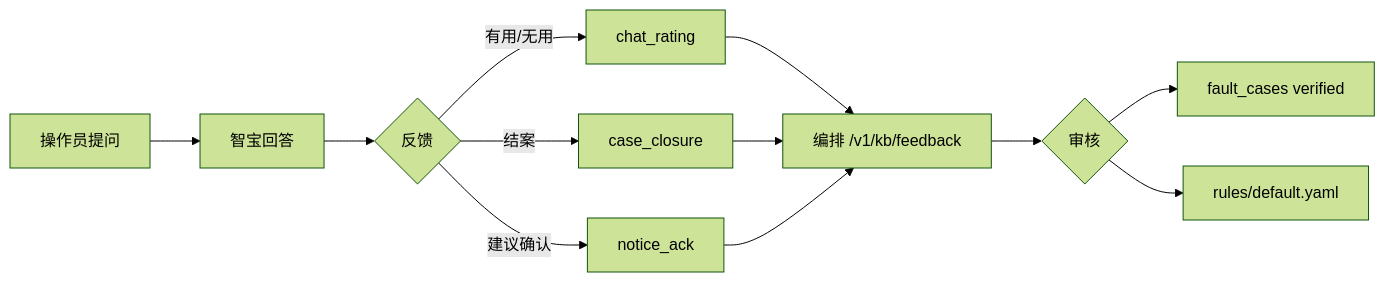
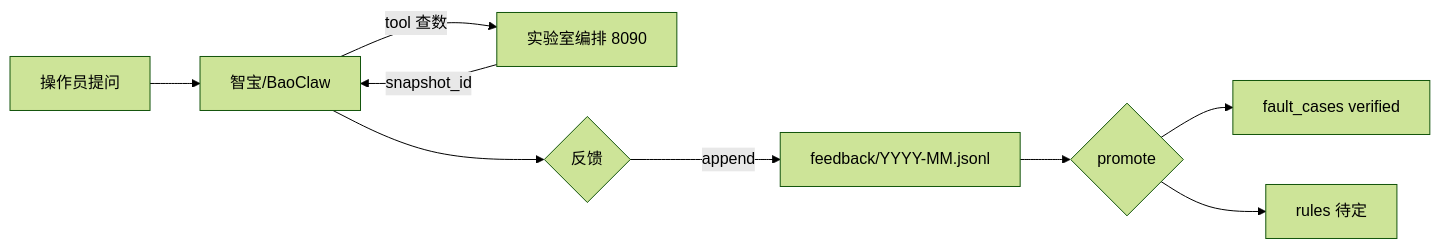
The diagram in BaoClaw/knowledge/schemas/FEEDBACK.md (tempcy/CornerstoneMock), drawn with Mermaid (forest theme) before and after one commit. The commit also changed other lines of this file and 9 other files, not shown here.

Commit message:
Implement Plan A: company-side feedback JSONL and feedback_tool CLI

````diff
--- a/BaoClaw/knowledge/schemas/FEEDBACK.md
+++ b/BaoClaw/knowledge/schemas/FEEDBACK.md
@@ -14,14 +25,11 @@
 ```mermaid
 flowchart LR
-  Q[操作员提问] --> A[智宝回答]
+  Q[操作员提问] --> A[智宝/BaoClaw]
+  A -->|tool 查数| O[实验室编排 8090]
+  O -->|snapshot_id| A
   A --> F{反馈}
-  F -->|有用/无用| R[chat_rating]
-  F -->|结案| C[case_closure]
-  F -->|建议确认| N[notice_ack]
-  R --> KB[编排 /v1/kb/feedback]
-  C --> KB
-  N --> KB
-  KB --> Q2{审核}
+  F -->|append| FB[feedback/YYYY-MM.jsonl]
+  FB --> Q2{promote}
   Q2 --> FC[fault_cases verified]
-  Q2 --> RL[rules/default.yaml]
+  Q2 --> RL[rules 待定]
 ```
````
